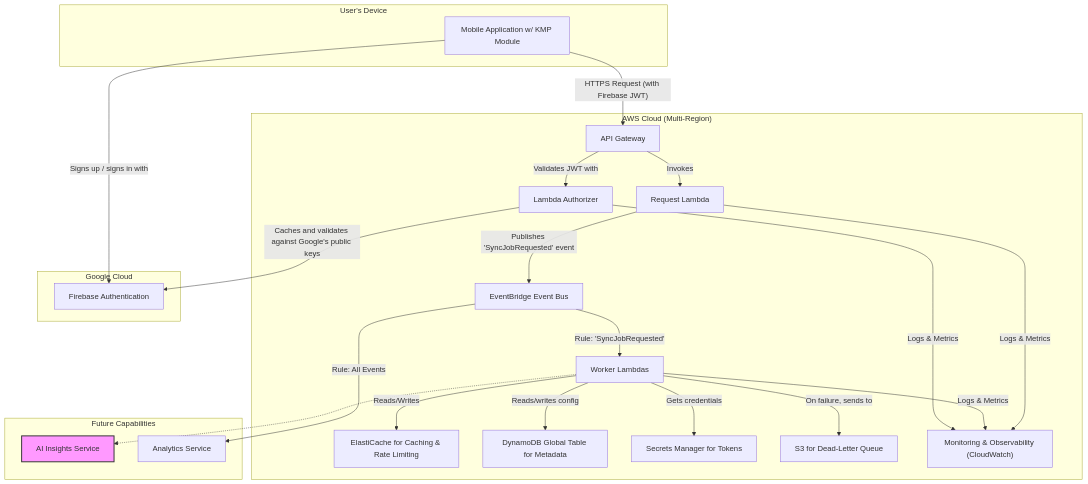
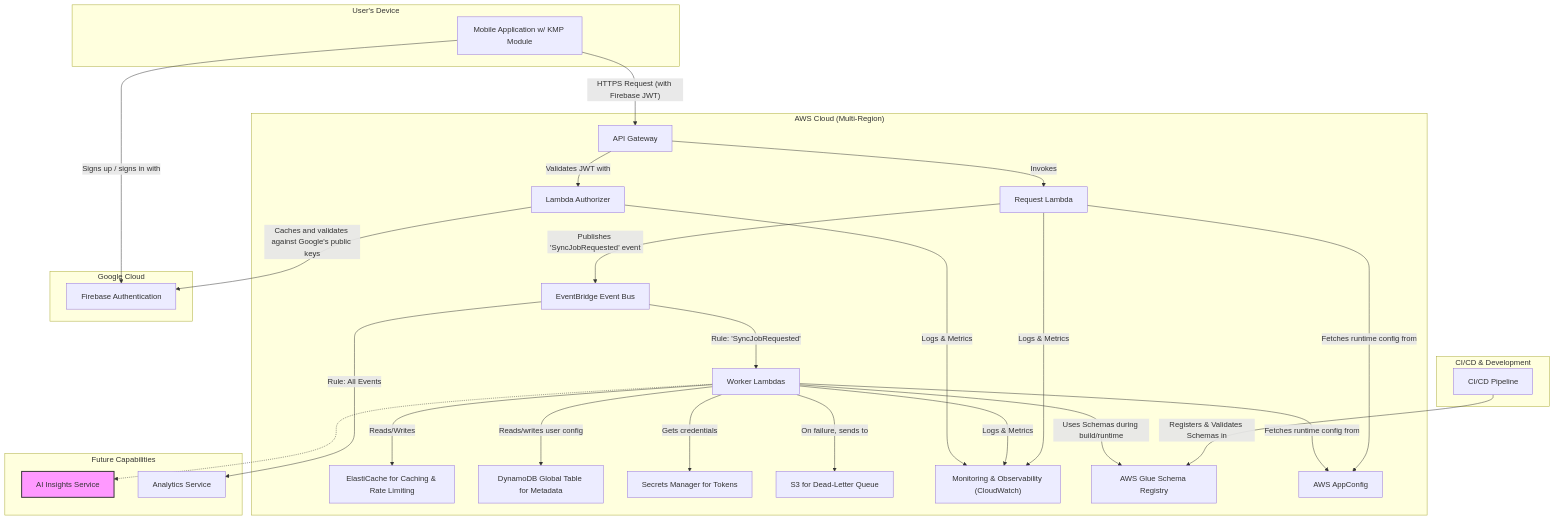
The second of 4 diagrams in 06-technical-architecture.md (dino10bit/healthsync), drawn with Mermaid before and after one commit. The commit also changed other lines of this file and 1 other file, not shown here.

First line of the commit message:
feat: Update architecture docs with Glue and AppConfig

````diff
--- a/06-technical-architecture.md
+++ b/06-technical-architecture.md
@@ -67,47 +67,57 @@
 ```mermaid
 graph TD
     subgraph "AWS Cloud (Multi-Region)"
         APIGateway[API Gateway]
         AuthorizerLambda[Lambda Authorizer]
         EventBus[EventBridge Event Bus]
         ElastiCache[ElastiCache for Caching & Rate Limiting]
         RequestLambda[Request Lambda]
         WorkerLambda[Worker Lambdas]
         DynamoDB[DynamoDB Global Table for Metadata]
         SecretsManager[Secrets Manager for Tokens]
         S3[S3 for Dead-Letter Queue]
         Observability["Monitoring & Observability (CloudWatch)"]
+        GlueSchemaRegistry[AWS Glue Schema Registry]
+        AppConfig[AWS AppConfig]
     end
 
     subgraph "Google Cloud"
         FirebaseAuth[Firebase Authentication]
+    end
+
+    subgraph "CI/CD & Development"
+        CICD[CI/CD Pipeline]
     end
 
     subgraph "Future Capabilities"
         style AI_Service fill:#f9f,stroke:#333,stroke-width:2px
         AI_Service[AI Insights Service]
         AnalyticsService[Analytics Service]
     end
 
     subgraph "User's Device"
         MobileApp[Mobile Application w/ KMP Module]
     end
 
     MobileApp -- Signs up / signs in with --> FirebaseAuth
     MobileApp -- "HTTPS Request (with Firebase JWT)" --> APIGateway
     APIGateway -- "Validates JWT with" --> AuthorizerLambda
     AuthorizerLambda -- "Caches and validates against Google's public keys"--> FirebaseAuth
     APIGateway -- Invokes --> RequestLambda
     RequestLambda -- "Publishes 'SyncJobRequested' event" --> EventBus
     EventBus -- "Rule: 'SyncJobRequested'" --> WorkerLambda
     EventBus -- "Rule: All Events" --> AnalyticsService
-    WorkerLambda -- Reads/writes config --> DynamoDB
+    WorkerLambda -- Reads/writes user config --> DynamoDB
     WorkerLambda -- Gets credentials --> SecretsManager
     WorkerLambda -- Reads/Writes --> ElastiCache
     WorkerLambda -.-> AI_Service
     WorkerLambda -- "On failure, sends to" --> S3
+    CICD -- "Registers & Validates Schemas in" --> GlueSchemaRegistry
+    WorkerLambda -- "Uses Schemas during build/runtime" --> GlueSchemaRegistry
+    RequestLambda -- "Fetches runtime config from" --> AppConfig
+    WorkerLambda -- "Fetches runtime config from" --> AppConfig
 
     RequestLambda -- Logs & Metrics --> Observability
     WorkerLambda -- Logs & Metrics --> Observability
     AuthorizerLambda -- Logs & Metrics --> Observability
 ```
````
